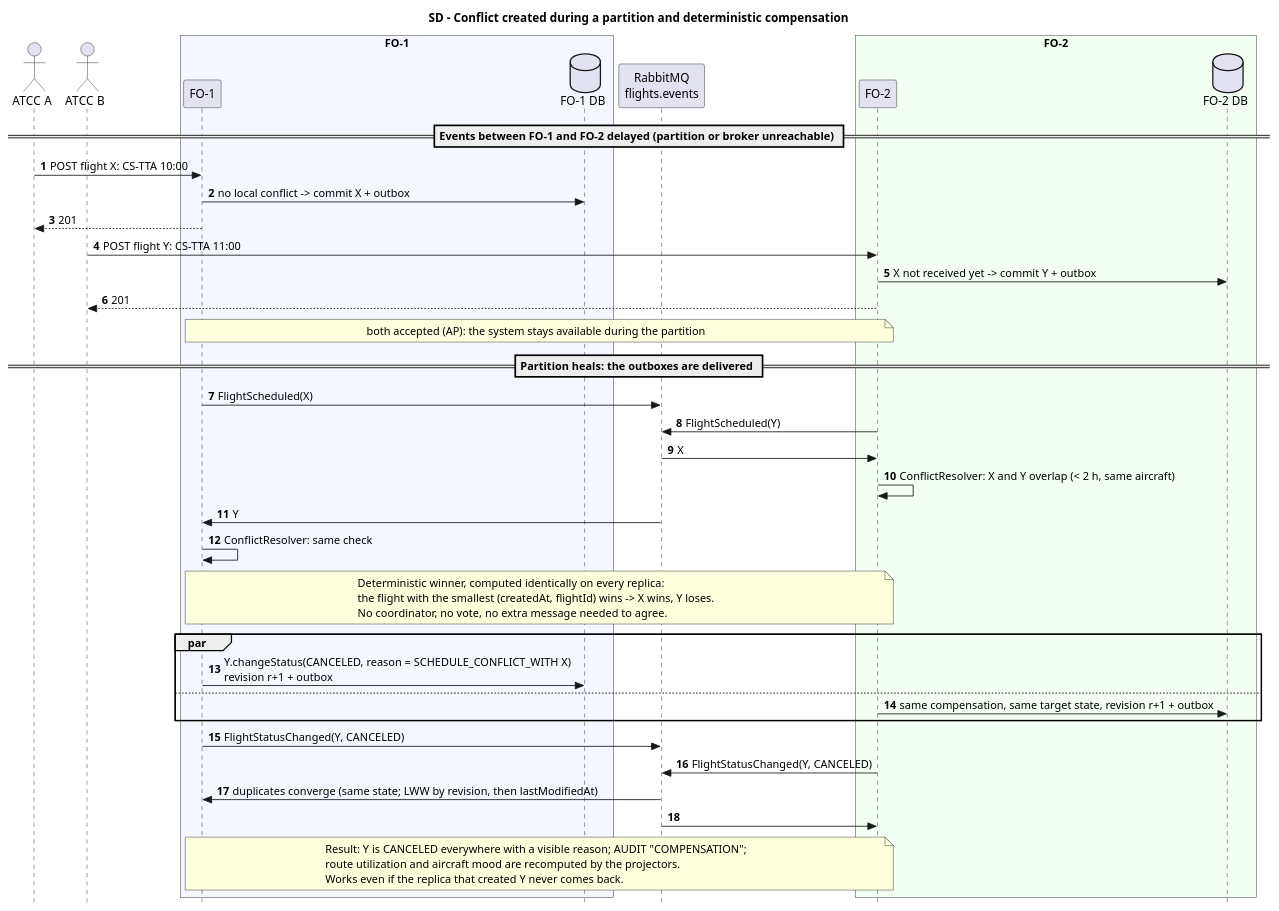
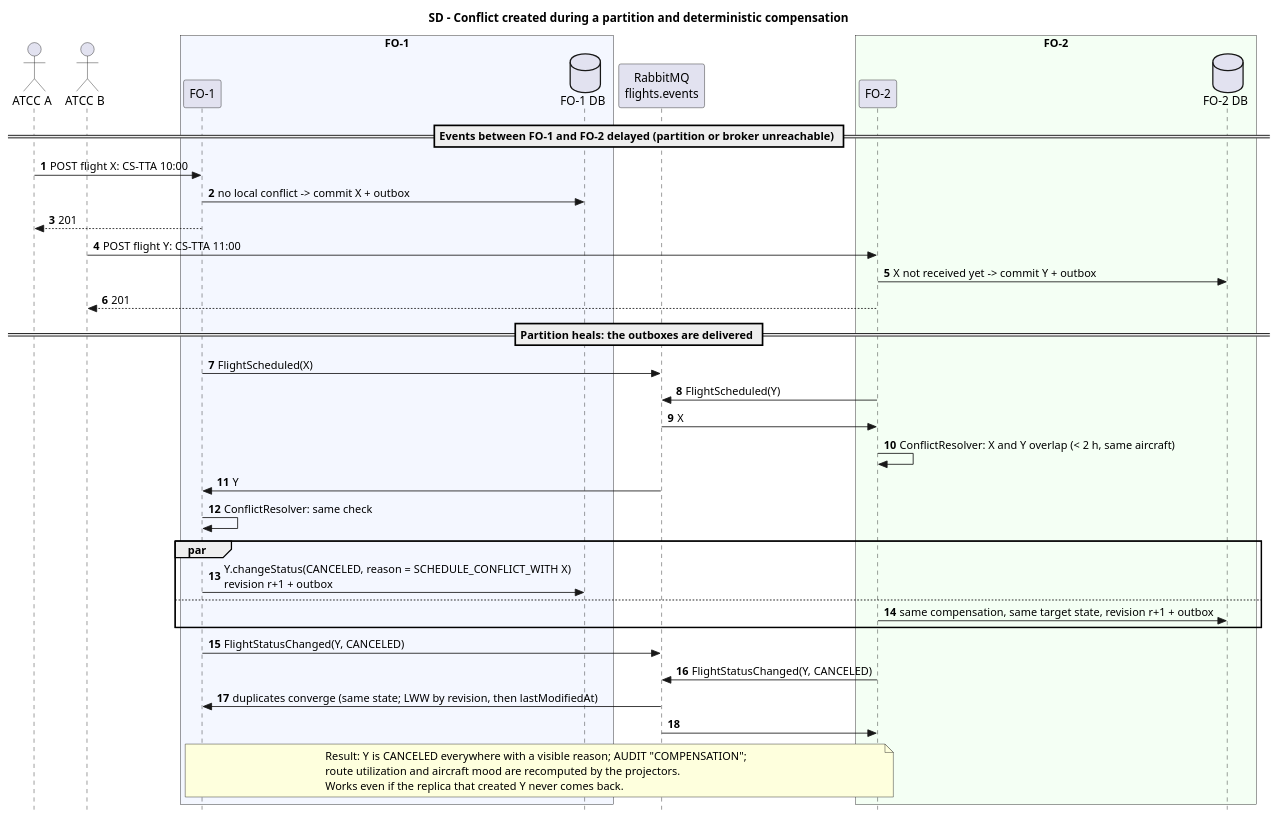
One commit to anamartasilvaa/SIDIG_AI_Safe changed the diagram in Services/Flighting Operations/docs/sd-conflict-compensation.puml. Above: the diagram before and after it, drawn with PlantUML. The commit also changed 19 other files, not shown here.

```diff
--- a/Services/Flighting Operations/docs/sd-conflict-compensation.puml
+++ b/Services/Flighting Operations/docs/sd-conflict-compensation.puml
@@ -1,55 +1,49 @@
 @startuml sd-conflict-compensation
 skinparam style strictuml
 autonumber
 title SD - Conflict created during a partition and deterministic compensation
 
 actor "ATCC A" as A
 actor "ATCC B" as B
 box "FO-1" #F4F7FF
 participant "FO-1" as F1
 database "FO-1 DB" as D1
 end box
 participant "RabbitMQ\nflights.events" as MQ
 box "FO-2" #F4FFF4
 participant "FO-2" as F2
 database "FO-2 DB" as D2
 end box
 
 == Events between FO-1 and FO-2 delayed (partition or broker unreachable) ==
 A -> F1 : POST flight X: CS-TTA 10:00
 F1 -> D1 : no local conflict -> commit X + outbox
 F1 --> A : 201
 B -> F2 : POST flight Y: CS-TTA 11:00
 F2 -> D2 : X not received yet -> commit Y + outbox
 F2 --> B : 201
-note over F1, F2 : both accepted (AP): the system stays available during the partition
 
 == Partition heals: the outboxes are delivered ==
 F1 -> MQ : FlightScheduled(X)
 F2 -> MQ : FlightScheduled(Y)
 MQ -> F2 : X
 F2 -> F2 : ConflictResolver: X and Y overlap (< 2 h, same aircraft)
 MQ -> F1 : Y
 F1 -> F1 : ConflictResolver: same check
 
-note over F1, F2
-  Deterministic winner, computed identically on every replica:
-  the flight with the smallest (createdAt, flightId) wins -> X wins, Y loses.
-  No coordinator, no vote, no extra message needed to agree.
-end note
 
 par
   F1 -> D1 : Y.changeStatus(CANCELED, reason = SCHEDULE_CONFLICT_WITH X)\nrevision r+1 + outbox
 else
   F2 -> D2 : same compensation, same target state, revision r+1 + outbox
 end
 F1 -> MQ : FlightStatusChanged(Y, CANCELED)
 F2 -> MQ : FlightStatusChanged(Y, CANCELED)
 MQ -> F1 : duplicates converge (same state; LWW by revision, then lastModifiedAt)
 MQ -> F2
 note over F1, F2
   Result: Y is CANCELED everywhere with a visible reason; AUDIT "COMPENSATION";
   route utilization and aircraft mood are recomputed by the projectors.
   Works even if the replica that created Y never comes back.
 end note
 @enduml
```
